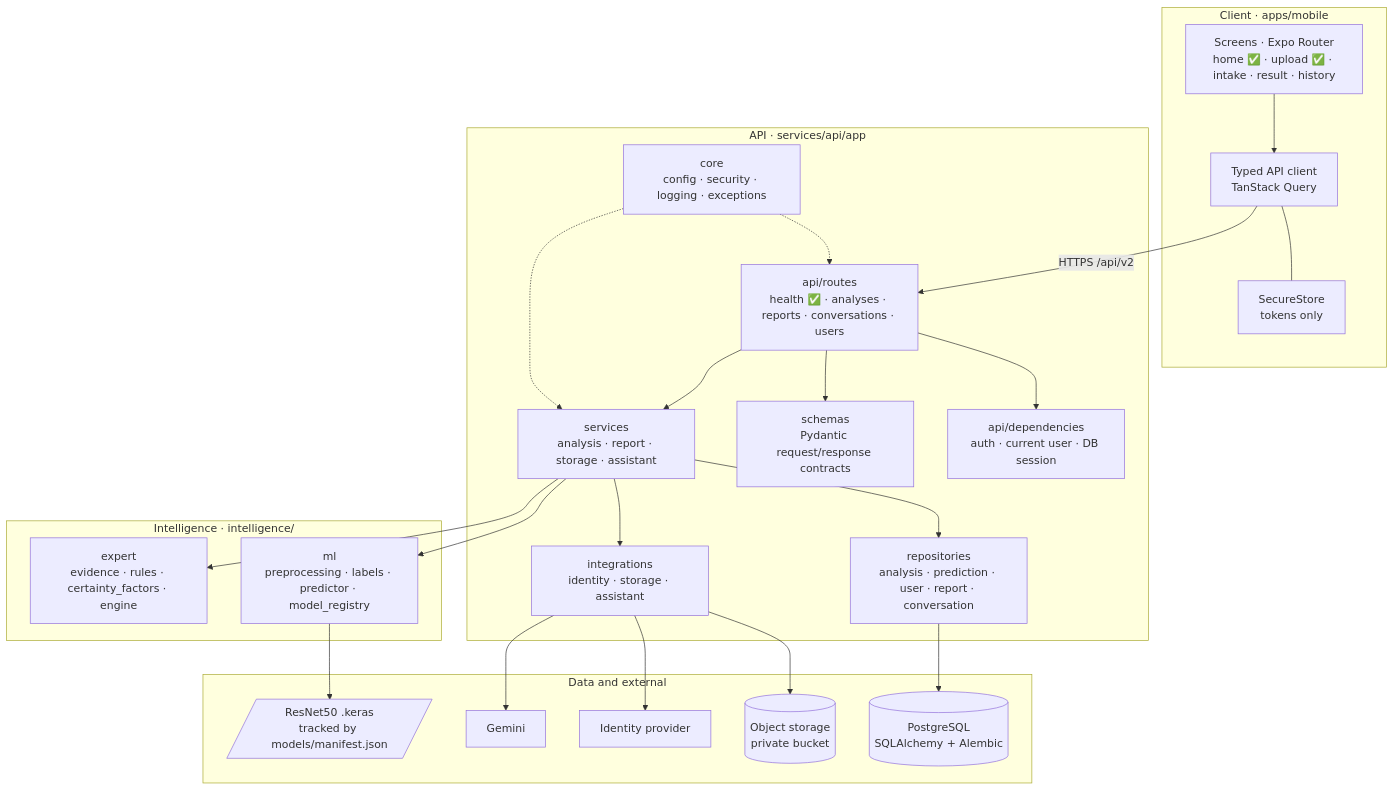
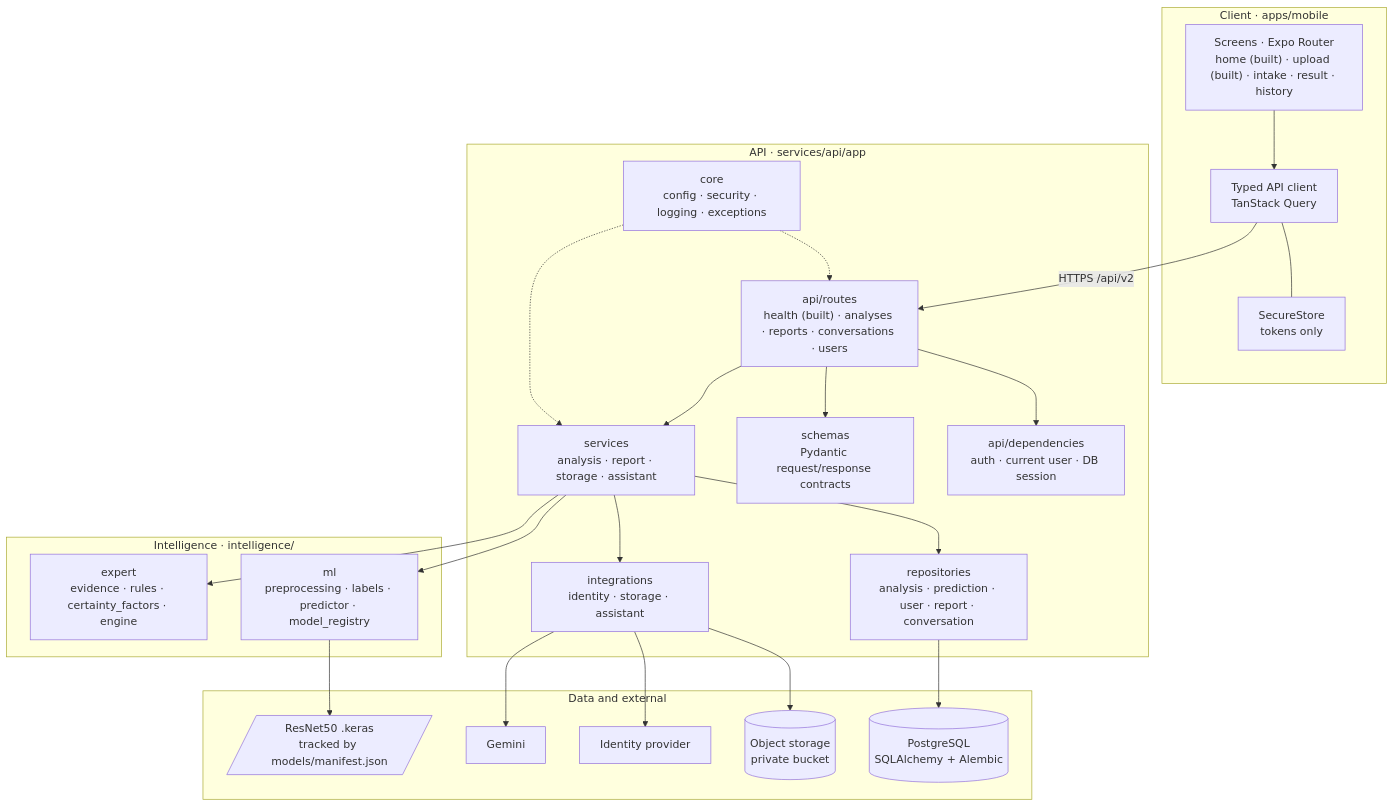
One commit to raul559/Capstone460v2 changed the second of 11 diagrams in docs/architecture/V2_ARCHITECTURE_DIAGRAMS.md. Above: the diagram before and after it, drawn with Mermaid. The commit also changed other lines of this file and 7 other files, not shown here.

````diff
--- a/docs/architecture/V2_ARCHITECTURE_DIAGRAMS.md
+++ b/docs/architecture/V2_ARCHITECTURE_DIAGRAMS.md
@@ -59,49 +59,49 @@
 ```mermaid
 flowchart TB
     subgraph client["Client · apps/mobile"]
-        screens["Screens · Expo Router<br/>home ✅ · upload ✅ · intake · result · history"]
+        screens["Screens · Expo Router<br/>home (built) · upload (built) · intake · result · history"]
         apiclient["Typed API client<br/>TanStack Query"]
         secure["SecureStore<br/>tokens only"]
         screens --> apiclient
         apiclient --- secure
     end
 
     subgraph api["API · services/api/app"]
-        routes["api/routes<br/>health ✅ · analyses · reports · conversations · users"]
+        routes["api/routes<br/>health (built) · analyses · reports · conversations · users"]
         deps["api/dependencies<br/>auth · current user · DB session"]
         schemas["schemas<br/>Pydantic request/response contracts"]
         services["services<br/>analysis · report · storage · assistant"]
         repos["repositories<br/>analysis · prediction · user · report · conversation"]
         core["core<br/>config · security · logging · exceptions"]
         integ["integrations<br/>identity · storage · assistant"]
         routes --> deps
         routes --> schemas
         routes --> services
         services --> repos
         services --> integ
         core -.-> routes
         core -.-> services
     end
 
     subgraph intel["Intelligence · intelligence/"]
         ml["ml<br/>preprocessing · labels · predictor · model_registry"]
         expert["expert<br/>evidence · rules · certainty_factors · engine"]
     end
 
     subgraph data["Data and external"]
         pg[("PostgreSQL<br/>SQLAlchemy + Alembic")]
         obj[("Object storage<br/>private bucket")]
         idp["Identity provider"]
         gemini["Gemini"]
         model[/"ResNet50 .keras<br/>tracked by models/manifest.json"/]
     end
 
     apiclient -- "HTTPS /api/v2" --> routes
     services --> ml
     services --> expert
     ml --> model
     repos --> pg
     integ --> obj
     integ --> idp
     integ --> gemini
 ```
````
